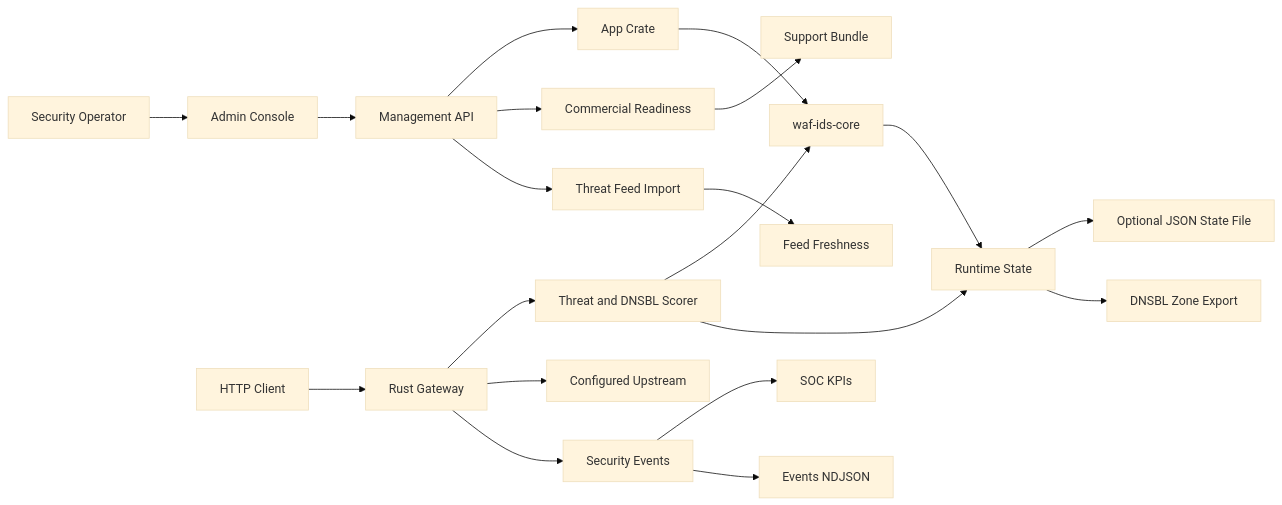
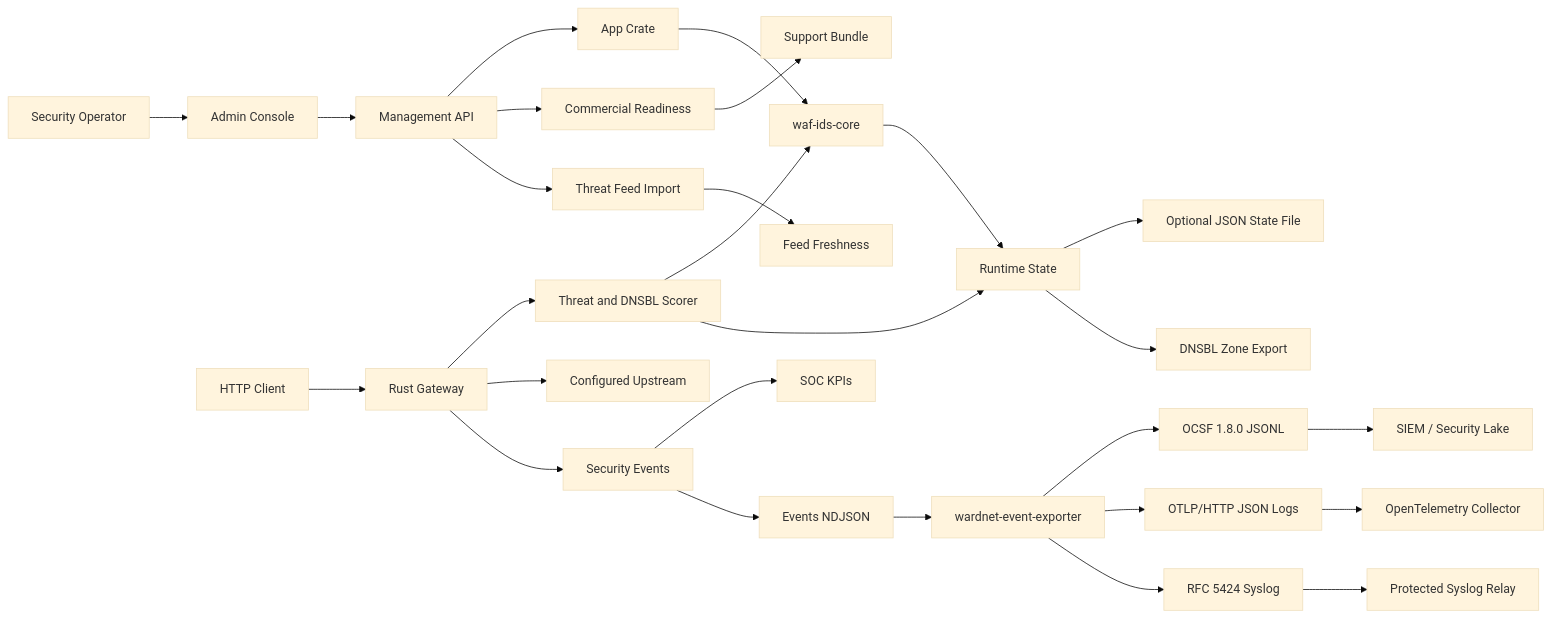
The diagram in docs/architecture.md (ContextualWisdomLab/wardnet), drawn with Mermaid (base theme) before and after one commit. The commit also changed other lines of this file, not shown here.

Commit message:
docs(architecture): add SIEM and OpenTelemetry export plane

````diff
--- a/docs/architecture.md
+++ b/docs/architecture.md
@@ -5,22 +5,29 @@
 ```mermaid
 flowchart LR
   operator["Security Operator"] --> admin["Admin Console"]
   admin --> api["Management API"]
   api --> app["App Crate"]
   app --> core["waf-ids-core"]
   core --> state["Runtime State"]
   state --> file["Optional JSON State File"]
   client["HTTP Client"] --> gateway["Rust Gateway"]
   gateway --> scorer["Threat and DNSBL Scorer"]
   scorer --> core
   scorer --> state
   gateway --> upstream["Configured Upstream"]
   gateway --> events["Security Events"]
   events --> kpis["SOC KPIs"]
   events --> eventExport["Events NDJSON"]
+  eventExport --> protocolExporter["wardnet-event-exporter"]
+  protocolExporter --> ocsf["OCSF 1.8.0 JSONL"]
+  protocolExporter --> otlp["OTLP/HTTP JSON Logs"]
+  protocolExporter --> syslog["RFC 5424 Syslog"]
+  ocsf --> siem["SIEM / Security Lake"]
+  otlp --> collector["OpenTelemetry Collector"]
+  syslog --> relay["Protected Syslog Relay"]
   state --> zone["DNSBL Zone Export"]
   api --> commercial["Commercial Readiness"]
   api --> feeds["Threat Feed Import"]
   feeds --> freshness["Feed Freshness"]
   commercial --> bundle["Support Bundle"]
 ```
````
